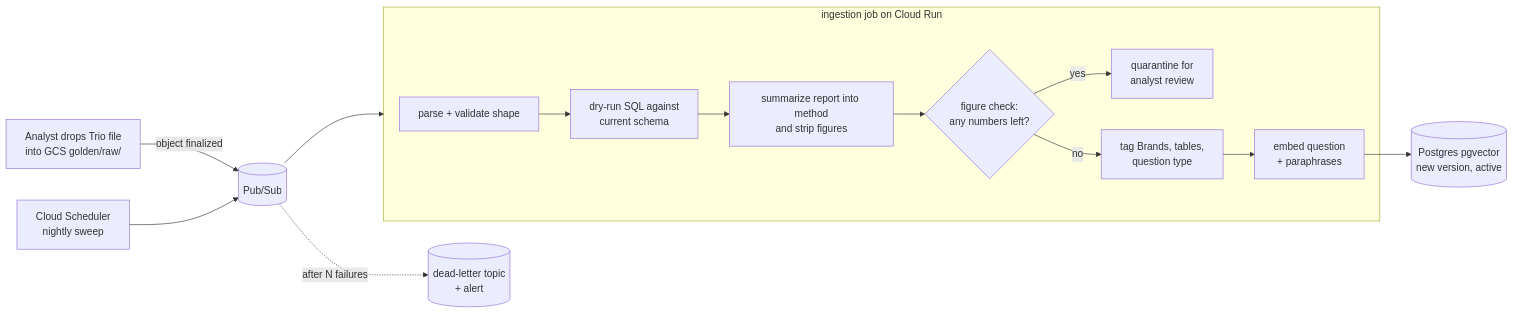
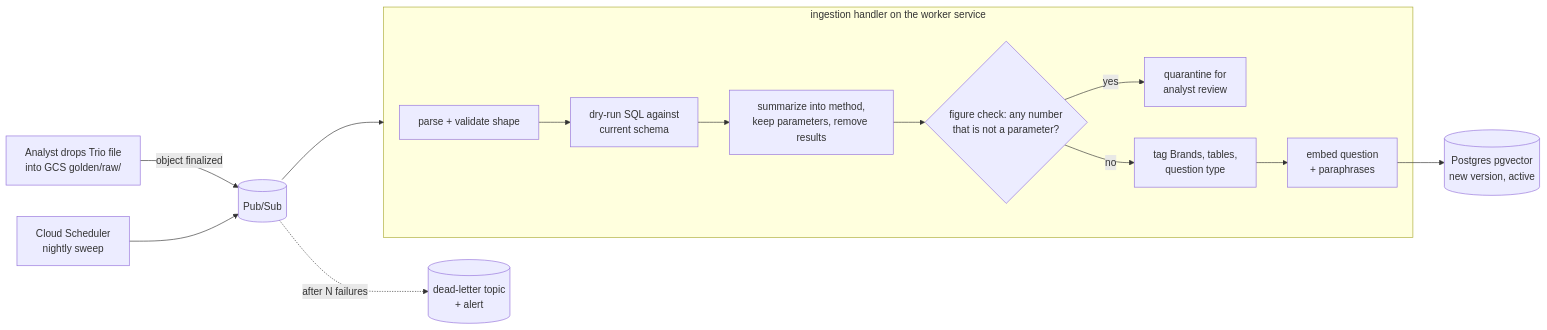
Before and after one commit to sternyishai/opsfleet-test: the first of 3 diagrams in docs/hld/02-hybrid-intelligence.md, drawn with Mermaid. The commit also changed other lines of this file and 16 other files, not shown here.

````diff
--- a/docs/hld/02-hybrid-intelligence.md
+++ b/docs/hld/02-hybrid-intelligence.md
@@ -40,16 +45,16 @@
 ```mermaid
 flowchart LR
     A[Analyst drops Trio file<br/>into GCS golden/raw/] -- object finalized --> PS[(Pub/Sub)]
     S[Cloud Scheduler<br/>nightly sweep] --> PS
     PS --> J
-    subgraph J [ingestion job on Cloud Run]
+    subgraph J [ingestion handler on the worker service]
         p[parse + validate shape] --> d[dry-run SQL against<br/>current schema]
-        d --> m[summarize report into method<br/>and strip figures]
-        m --> v{figure check:<br/>any numbers left?}
+        d --> m[summarize into method,<br/>keep parameters, remove results]
+        m --> v{figure check: any number<br/>that is not a parameter?}
         v -- yes --> q[quarantine for<br/>analyst review]
         v -- no --> t[tag Brands, tables,<br/>question type]
         t --> e[embed question<br/>+ paraphrases]
     end
     e --> PG[(Postgres pgvector<br/>new version, active)]
     PS -. after N failures .-> DLQ[(dead-letter topic<br/>+ alert)]
 ```
````
